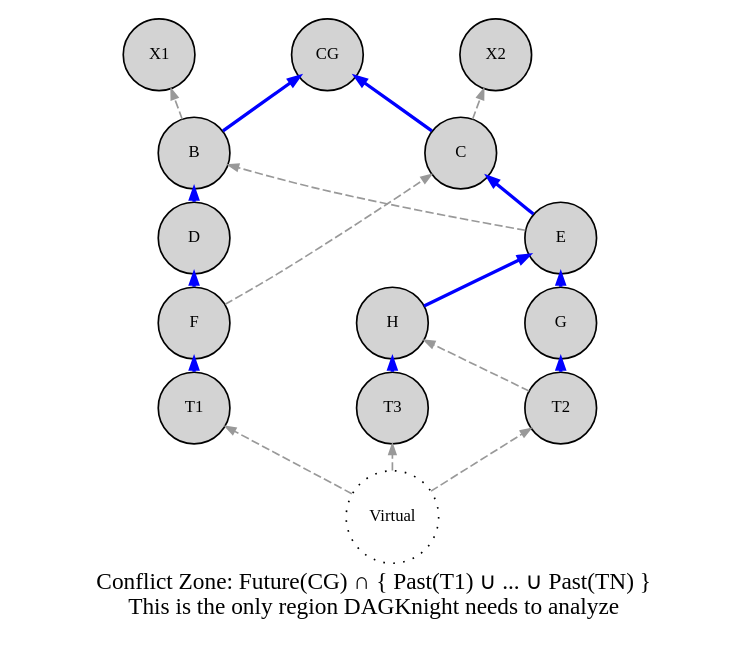
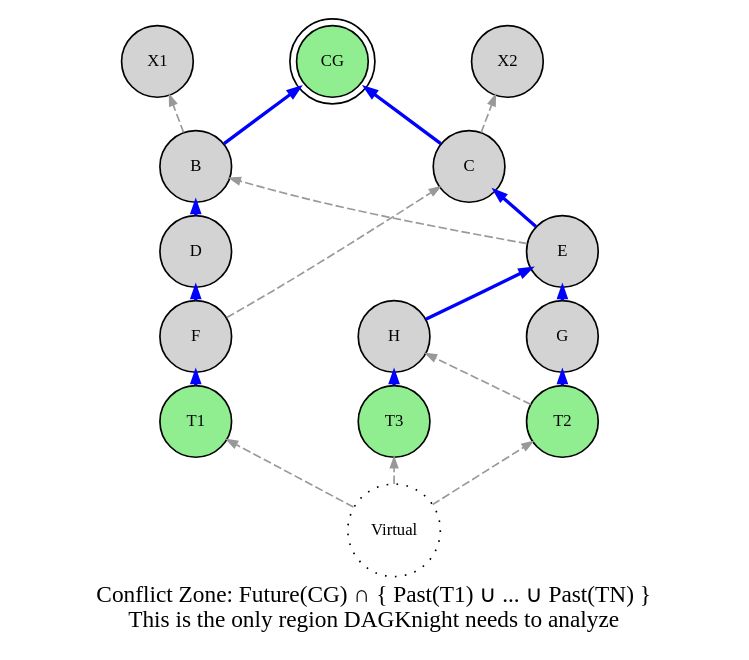
One commit to coderofstuff/dk-wiki changed the diagram in dot/03-conflict-zone.dot. Above: the diagram before and after it, drawn with Graphviz. The commit also changed 5 other files, not shown here.

Commit message:
More consistent graphics

```diff
--- a/dot/03-conflict-zone.dot
+++ b/dot/03-conflict-zone.dot
@@ -1,72 +1,72 @@
 digraph conflict_zone {
     rankdir=BT;
     nodesep=0.8;
     ranksep=0.1;
     node [shape=circle, style=filled, fontsize=10, width=0.6, height=0.6, fillcolor=lightgray];
     edge [arrowsize=0.6, color=gray60];
 
     label="Conflict Zone: Future(CG) ∩ { Past(T1) ∪ ... ∪ Past(TN) }\nThis is the only region DAGKnight needs to analyze";
     labelloc=b;
 
     // Left side (matches agreement cluster structure, invisible border)
     subgraph cluster_left {
         label="";
         labelloc=b;
         style="dashed";
         color=white;
         penwidth=0;
         B [label="B"];
         D [label="D"];
         F [label="F"];
-        T1 [label="T1"];
+        T1 [label="T1", fillcolor="lightgreen"];
     }
 
     // Right side (matches agreement cluster structure, invisible border)
     subgraph cluster_right {
         label="";
         labelloc=b;
         style="dashed";
         color=white;
         penwidth=0;
         E [label="E"];
         G [label="G"];
-        T2 [label="T2"];
+        T2 [label="T2", fillcolor="lightgreen"];
         H [label="H"];
-        T3 [label="T3"];
+        T3 [label="T3", fillcolor="lightgreen"];
         C [label="C"];
     }
 
     // Bottom blocks
-    CG [label="CG"];
+    CG [label="CG", fillcolor="lightgreen", shape="doublecircle"];
     X1 [label="X1"];
     X2 [label="X2"];
 
     // Virtual block
     Virtual [label="Virtual", shape=circle, style=dotted, fillcolor=lightgray];
 
     // Blue edges = selected parent (chain-parent path)
     B -> CG [color=blue, penwidth=2.0];
     C -> CG [color=blue, penwidth=2.0];
     D -> B [color=blue, penwidth=2.0];
     E -> C [color=blue, penwidth=2.0];
     F -> D [color=blue, penwidth=2.0];
     G -> E [color=blue, penwidth=2.0];
     H -> E [color=blue, penwidth=2.0];
     T1 -> F [color=blue, penwidth=2.0];
     T2 -> G [color=blue, penwidth=2.0];
     T3 -> H [color=blue, penwidth=2.0];
 
     // Gray dashed edges = non-selected parents
     F -> C [color=gray60, penwidth=1.0, style=dashed];
     T2 -> H [color=gray60, penwidth=1.0, style=dashed];
     E -> B [color=gray60, penwidth=1.0, style=dashed];
 
     // B -> X1 and C -> X2 are non-selected parents
     B -> X1 [color=gray60, penwidth=1.0, style=dashed];
     C -> X2 [color=gray60, penwidth=1.0, style=dashed];
 
     // Virtual block points to all tips
     Virtual -> T1 [color=gray60, penwidth=1.0, style=dashed];
     Virtual -> T2 [color=gray60, penwidth=1.0, style=dashed];
     Virtual -> T3 [color=gray60, penwidth=1.0, style=dashed];
 }
```
